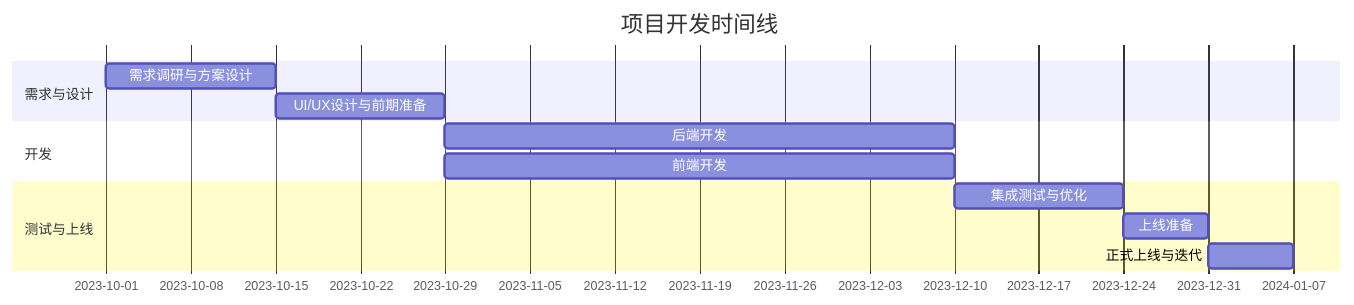
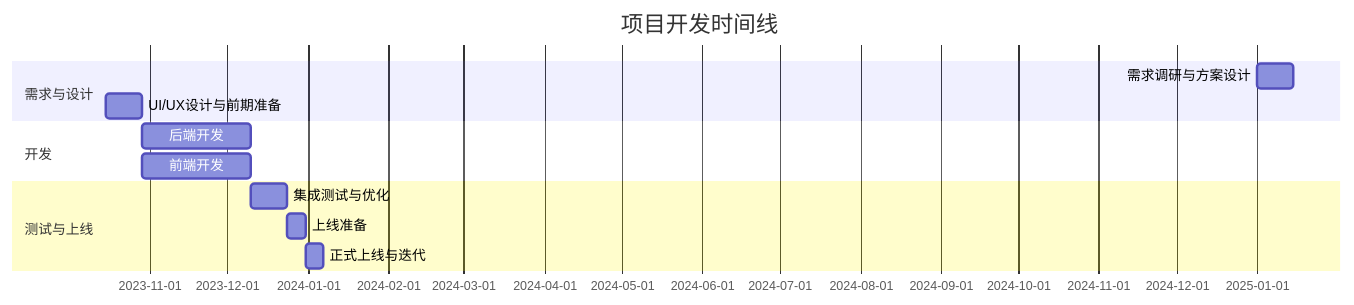
One commit to funnyData/iodraw-files changed the diagram in all/未命名-4.md. Above: the diagram before and after it, drawn with Mermaid.

Commit message:
2025-03-27 14:21:27 update

````diff
--- a/all/未命名-4.md
+++ b/all/未命名-4.md
@@ -1,15 +1,15 @@
 ```mermaid
 gantt
     title 项目开发时间线
     dateFormat  YYYY-MM-DD
     section 需求与设计
-    需求调研与方案设计      : 2023-10-01, 14d
+    需求调研与方案设计      : 2025, 14d
     UI/UX设计与前期准备    : 2023-10-15, 14d
     section 开发
     后端开发              : 2023-10-29, 42d
     前端开发              : 2023-10-29, 42d
     section 测试与上线
     集成测试与优化        : 2023-12-10, 14d
     上线准备              : 2023-12-24, 7d
     正式上线与迭代        : 2023-12-31, 7d
 ```
````
